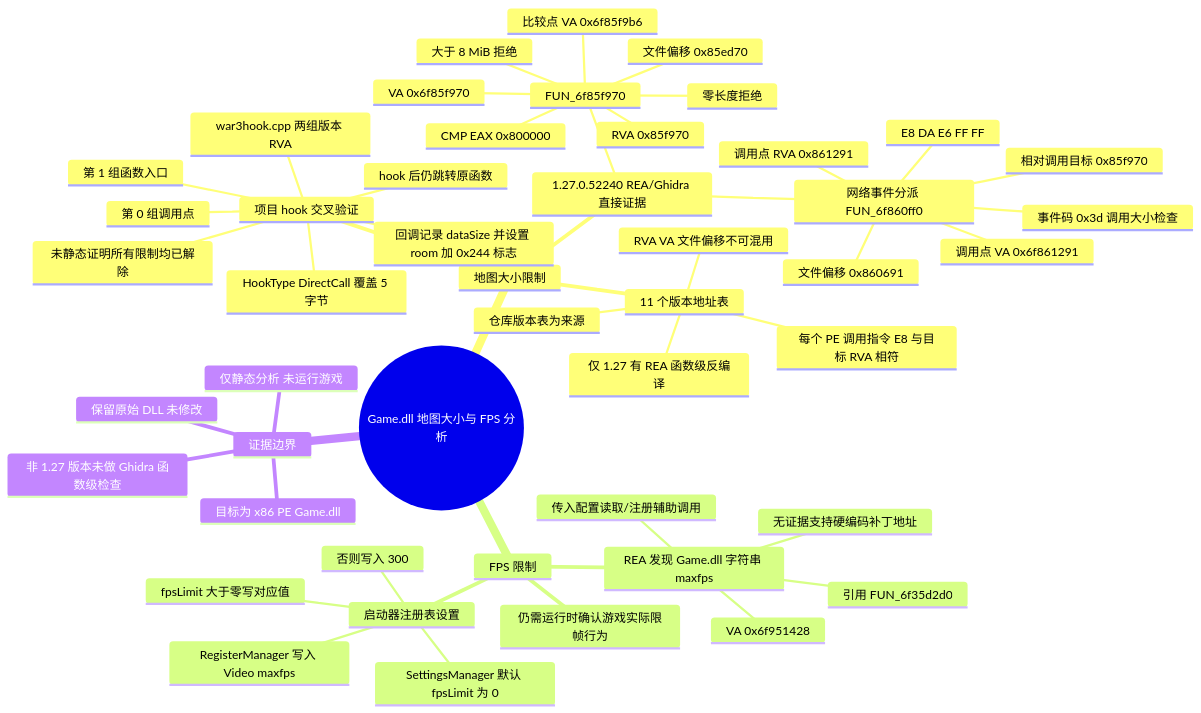
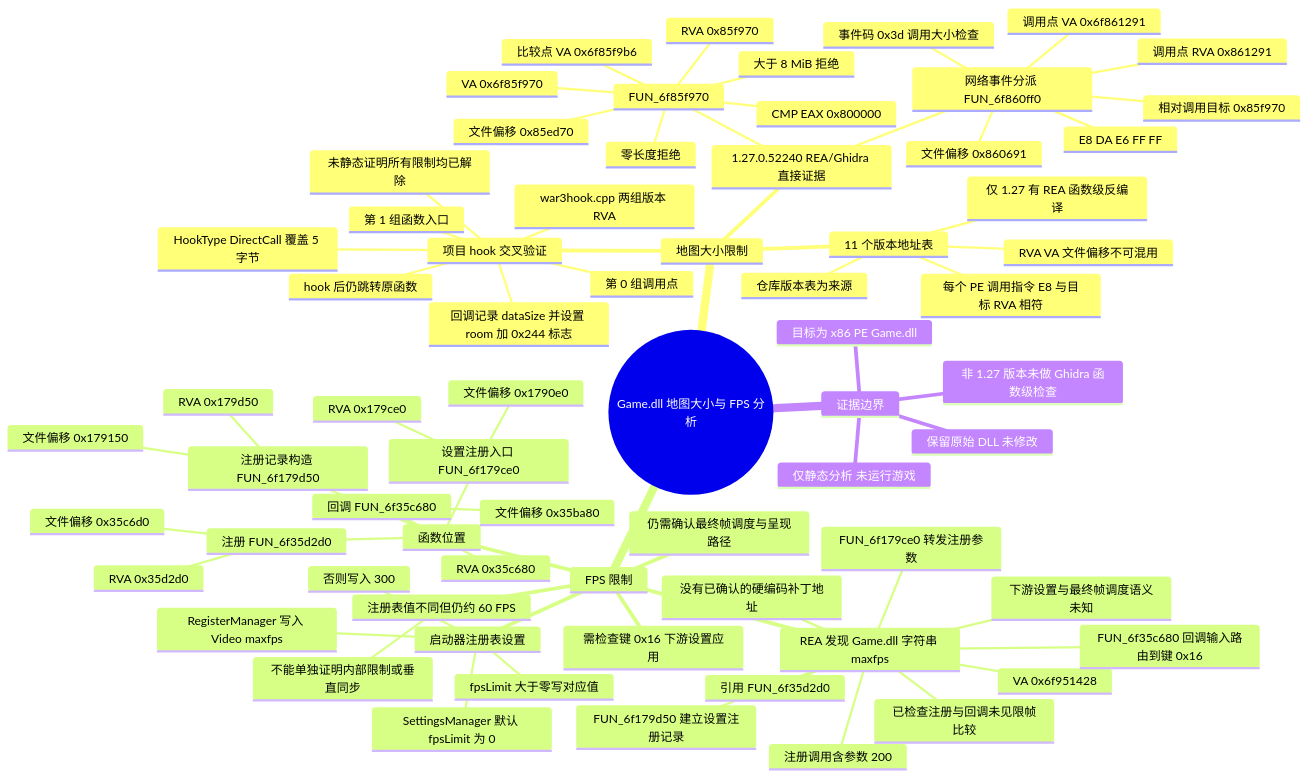
One commit to wuxiancong/War3Analysis changed the diagram in analyses/warcraft-iii-game-dll-map-size-and-fps-mindmap.md. Above: the diagram before and after it, drawn with Mermaid. The commit also changed 1 other file, not shown here.

````diff
--- a/analyses/warcraft-iii-game-dll-map-size-and-fps-mindmap.md
+++ b/analyses/warcraft-iii-game-dll-map-size-and-fps-mindmap.md
@@ -3,51 +3,72 @@
 ```mermaid
 mindmap
   root((Game.dll 地图大小与 FPS 分析))
     地图大小限制
       1.27.0.52240 REA/Ghidra 直接证据
         FUN_6f85f970
           VA 0x6f85f970
           RVA 0x85f970
           文件偏移 0x85ed70
           比较点 VA 0x6f85f9b6
           CMP EAX 0x800000
           大于 8 MiB 拒绝
           零长度拒绝
         网络事件分派 FUN_6f860ff0
           事件码 0x3d 调用大小检查
           调用点 VA 0x6f861291
           调用点 RVA 0x861291
           文件偏移 0x860691
           E8 DA E6 FF FF
           相对调用目标 0x85f970
       项目 hook 交叉验证
         war3hook.cpp 两组版本 RVA
         第 0 组调用点
         第 1 组函数入口
         HookType DirectCall 覆盖 5 字节
         回调记录 dataSize 并设置 room 加 0x244 标志
         hook 后仍跳转原函数
         未静态证明所有限制均已解除
       11 个版本地址表
         仓库版本表为来源
         每个 PE 调用指令 E8 与目标 RVA 相符
         仅 1.27 有 REA 函数级反编译
         RVA VA 文件偏移不可混用
     FPS 限制
       REA 发现 Game.dll 字符串 maxfps
         VA 0x6f951428
         引用 FUN_6f35d2d0
-        传入配置读取/注册辅助调用
-        无证据支持硬编码补丁地址
+        注册调用含参数 200
+        FUN_6f179ce0 转发注册参数
+        FUN_6f179d50 建立设置注册记录
+        FUN_6f35c680 回调输入路由到键 0x16
+        下游设置与最终帧调度语义未知
+        已检查注册与回调未见限帧比较
+        没有已确认的硬编码补丁地址
+      函数位置
+        注册 FUN_6f35d2d0
+          RVA 0x35d2d0
+          文件偏移 0x35c6d0
+        回调 FUN_6f35c680
+          RVA 0x35c680
+          文件偏移 0x35ba80
+        设置注册入口 FUN_6f179ce0
+          RVA 0x179ce0
+          文件偏移 0x1790e0
+        注册记录构造 FUN_6f179d50
+          RVA 0x179d50
+          文件偏移 0x179150
       启动器注册表设置
         RegisterManager 写入 Video maxfps
         fpsLimit 大于零写对应值
         否则写入 300
         SettingsManager 默认 fpsLimit 为 0
-      仍需运行时确认游戏实际限帧行为
+      注册表值不同但仍约 60 FPS
+        不能单独证明内部限制或垂直同步
+      需检查键 0x16 下游设置应用
+      仍需确认最终帧调度与呈现路径
     证据边界
       目标为 x86 PE Game.dll
       仅静态分析 未运行游戏
       保留原始 DLL 未修改
       非 1.27 版本未做 Ghidra 函数级检查
 ```
````
